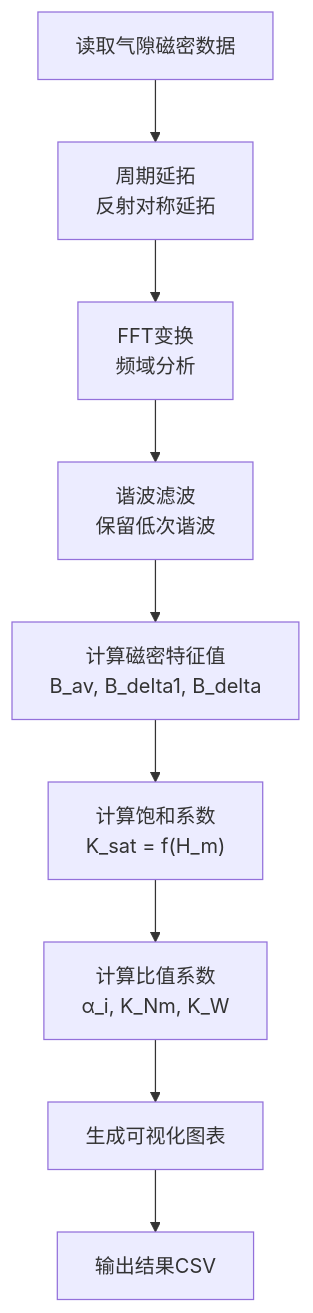
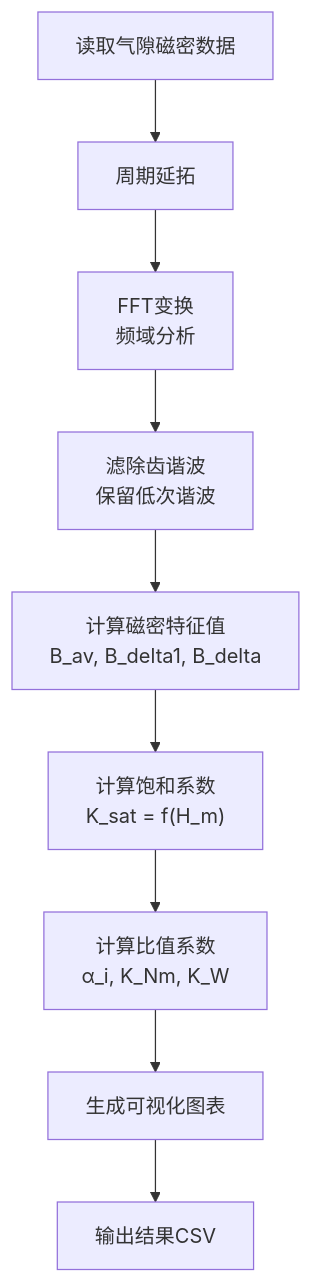
Before and after one commit to MotorFish/Ksat_Curve: the diagram in README.md, drawn with Mermaid. The commit also changed other lines of this file, not shown here.

````diff
--- a/README.md
+++ b/README.md
@@ -67,11 +68,11 @@
 ```mermaid
 graph TD
-    A["读取气隙磁密数据"] --> B["周期延拓<br/>反射对称延拓"]
+    A["读取气隙磁密数据"] --> B["周期延拓"]
     B --> C["FFT变换<br/>频域分析"]
-    C --> D["谐波滤波<br/>保留低次谐波"]
+    C --> D["滤除齿谐波<br/>保留低次谐波"]
     D --> E["计算磁密特征值<br/>B_av, B_delta1, B_delta"]
     E --> F["计算饱和系数<br/>K_sat = f(H_m)"]
     F --> G["计算比值系数<br/>α_i, K_Nm, K_W"]
     G --> H["生成可视化图表"]
     H --> I["输出结果CSV"]
 ```
````
